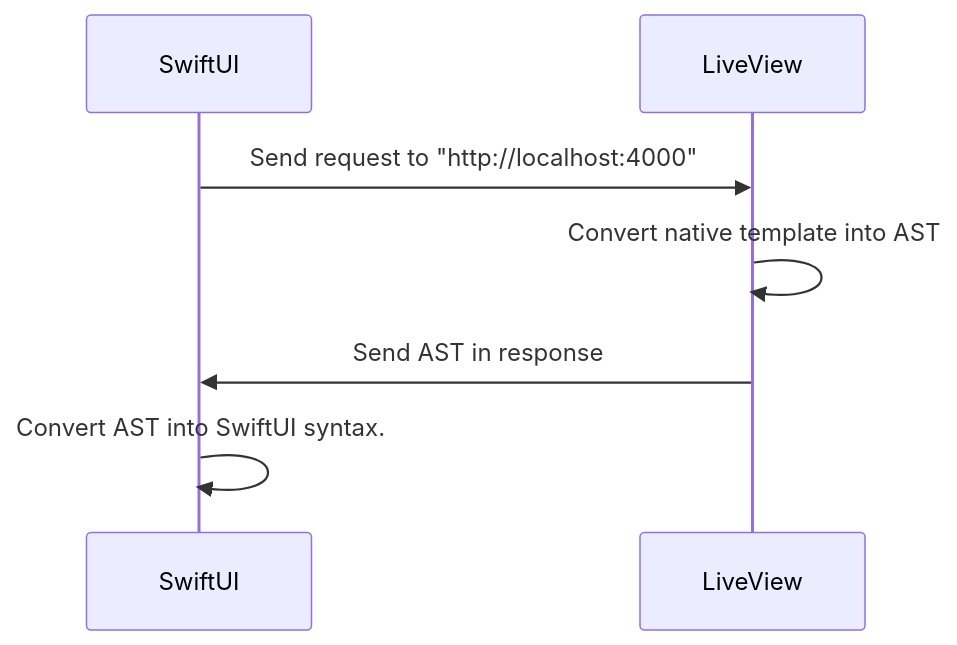
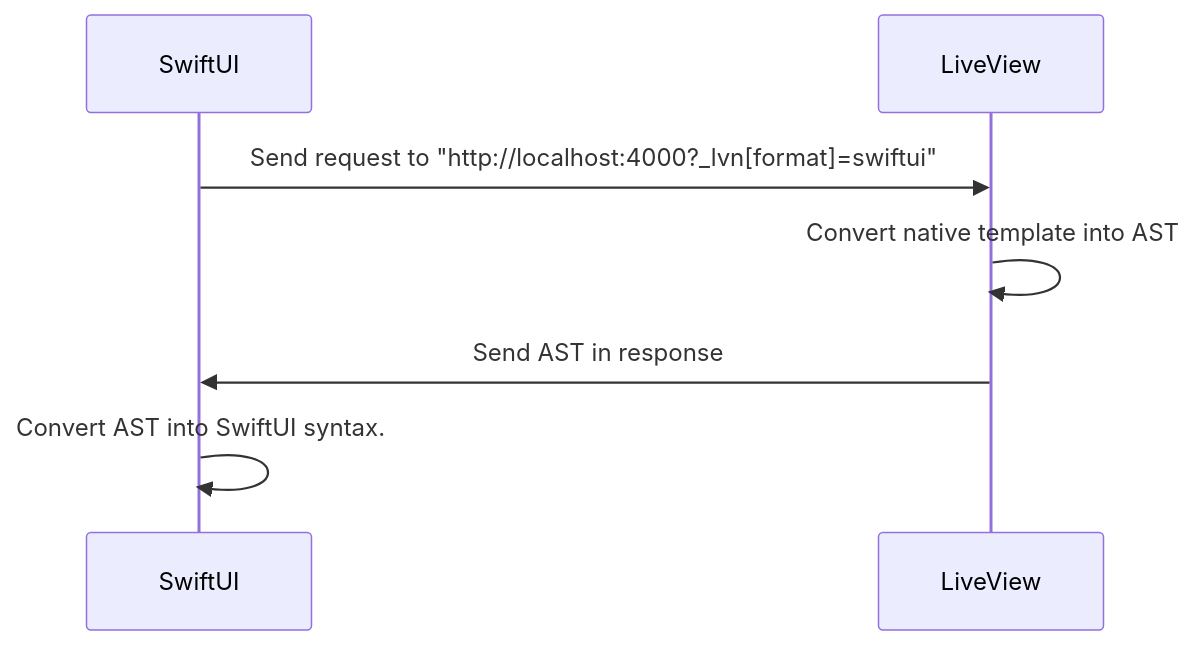
One commit to liveview-native/live_view_native changed the first of 3 diagrams in guides/ex_doc_notebooks/swiftui-views.md. Above: the diagram before and after it, drawn with Mermaid. The commit also changed other lines of this file and 1 other file, not shown here.

Commit message:
Add additional swiftui views and update the swift ui views guide for 0.2

````diff
--- a/guides/ex_doc_notebooks/swiftui-views.md
+++ b/guides/ex_doc_notebooks/swiftui-views.md
@@ -56,7 +56,7 @@
 ```mermaid
 sequenceDiagram
-    SwiftUI->>LiveView: Send request to "http://localhost:4000"
+    SwiftUI->>LiveView: Send request to "http://localhost:4000?_lvn[format]=swiftui"
     LiveView->>LiveView: Convert native template into AST
     LiveView->>SwiftUI: Send AST in response
     SwiftUI->>SwiftUI: Convert AST into SwiftUI syntax.
 ```
````
